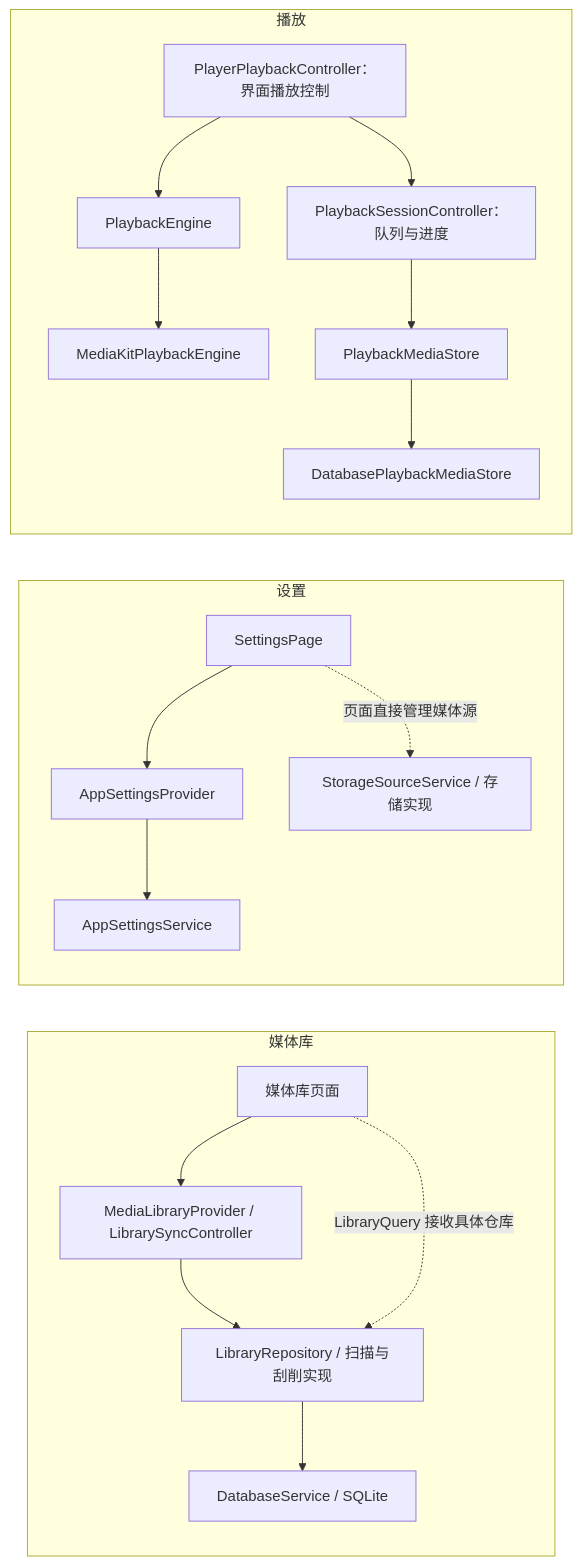
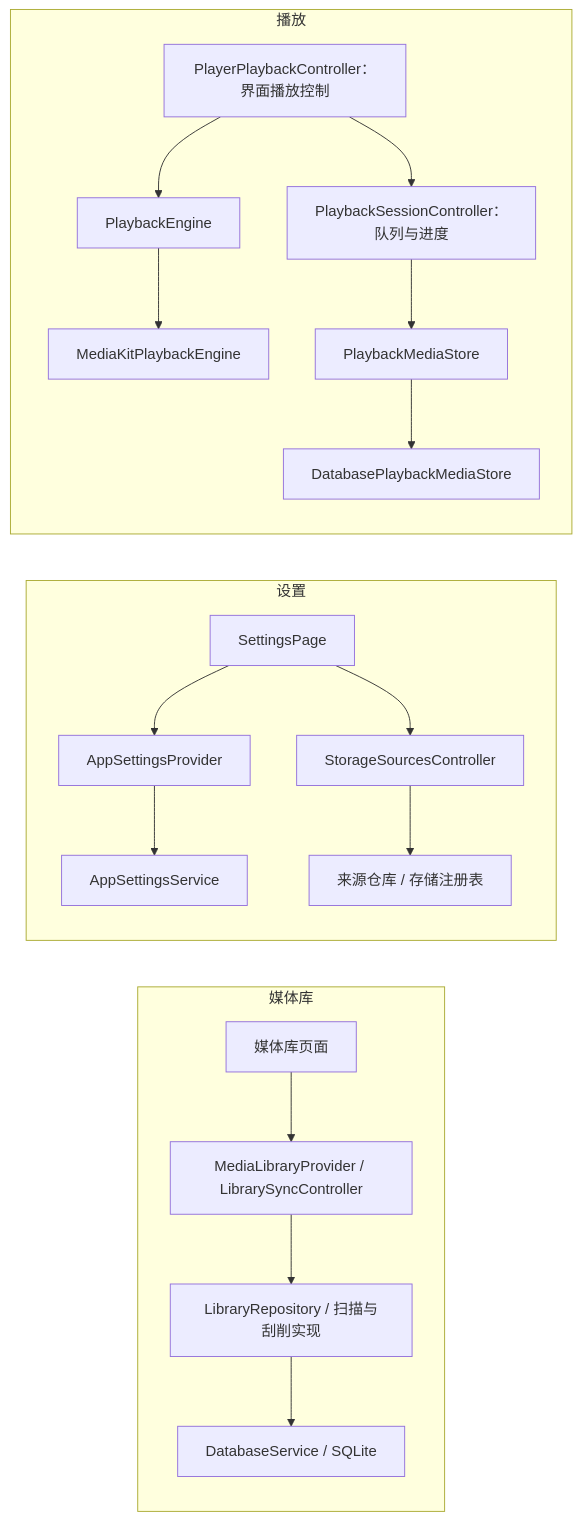
The third of 4 diagrams in docs/architecture/overview.md (sen-to/mochi_player), drawn with Mermaid before and after one commit. The commit also changed other lines of this file and 53 other files, not shown here.

````diff
--- a/docs/architecture/overview.md
+++ b/docs/architecture/overview.md
@@ -88,21 +90,21 @@
 ```mermaid
 flowchart LR
   subgraph LibraryPath["媒体库"]
     LibraryPage["媒体库页面"] --> LibraryApp["MediaLibraryProvider / LibrarySyncController"]
     LibraryApp --> Repository["LibraryRepository / 扫描与刮削实现"]
     Repository --> Database["DatabaseService / SQLite"]
-    LibraryPage -. "LibraryQuery 接收具体仓库" .-> Repository
   end
   subgraph SettingsPath["设置"]
     SettingsPage["SettingsPage"] --> SettingsApp["AppSettingsProvider"]
     SettingsApp --> Preferences["AppSettingsService"]
-    SettingsPage -. "页面直接管理媒体源" .-> Storage["StorageSourceService / 存储实现"]
+    SettingsPage --> SourcesApp["StorageSourcesController"]
+    SourcesApp --> Storage["来源仓库 / 存储注册表"]
   end
   subgraph PlaybackPath["播放"]
     Player["PlayerPlaybackController：界面播放控制"] --> Session["PlaybackSessionController：队列与进度"]
     Player --> EngineContract["PlaybackEngine"]
     EngineContract --> Backend["MediaKitPlaybackEngine"]
     Session --> StoreContract["PlaybackMediaStore"]
     StoreContract --> Store["DatabasePlaybackMediaStore"]
   end
 ```
````
